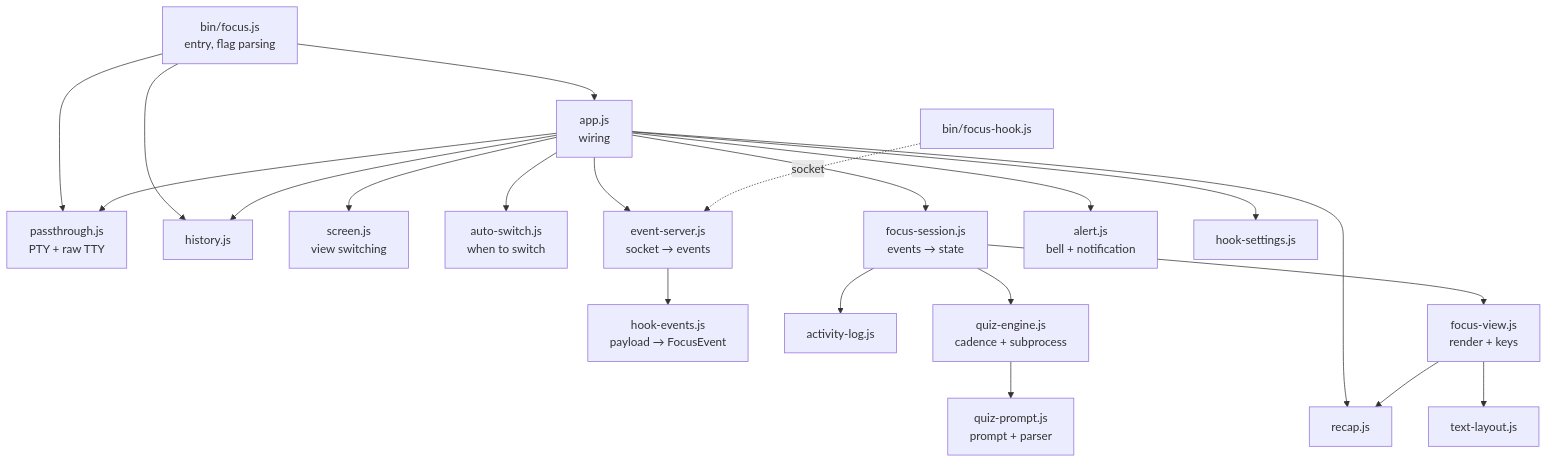
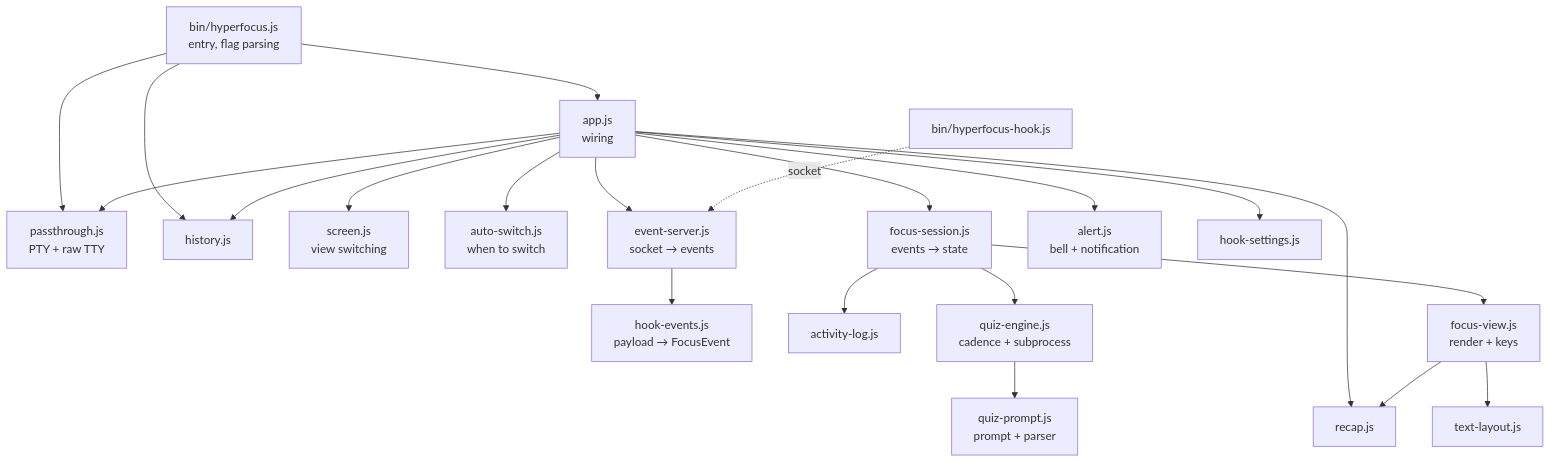
The third of 11 diagrams in docs/ARCHITECTURE.md (TEJASVISJAIN/hyperfocus), drawn with Mermaid before and after one commit. The commit also changed other lines of this file and 26 other files, not shown here.

````diff
--- a/docs/ARCHITECTURE.md
+++ b/docs/ARCHITECTURE.md
@@ -116,23 +116,23 @@
 ```mermaid
 flowchart TB
-    bin[bin/focus.js<br/>entry, flag parsing] --> app[app.js<br/>wiring]
+    bin[bin/hyperfocus.js<br/>entry, flag parsing] --> app[app.js<br/>wiring]
     bin --> passthrough
     bin --> history
     app --> passthrough[passthrough.js<br/>PTY + raw TTY]
     app --> screen[screen.js<br/>view switching]
     app --> autoswitch[auto-switch.js<br/>when to switch]
     app --> server[event-server.js<br/>socket → events]
     app --> session[focus-session.js<br/>events → state]
     app --> recap[recap.js]
     app --> alert[alert.js<br/>bell + notification]
     app --> history[history.js]
     app --> hooksettings[hook-settings.js]
     server --> hookevents[hook-events.js<br/>payload → FocusEvent]
     session --> activity[activity-log.js]
     session --> engine[quiz-engine.js<br/>cadence + subprocess]
     session --> view[focus-view.js<br/>render + keys]
     engine --> prompt[quiz-prompt.js<br/>prompt + parser]
     view --> recap
     view --> layout[text-layout.js]
-    hookbin[bin/focus-hook.js] -. socket .-> server
+    hookbin[bin/hyperfocus-hook.js] -. socket .-> server
 ```
````
